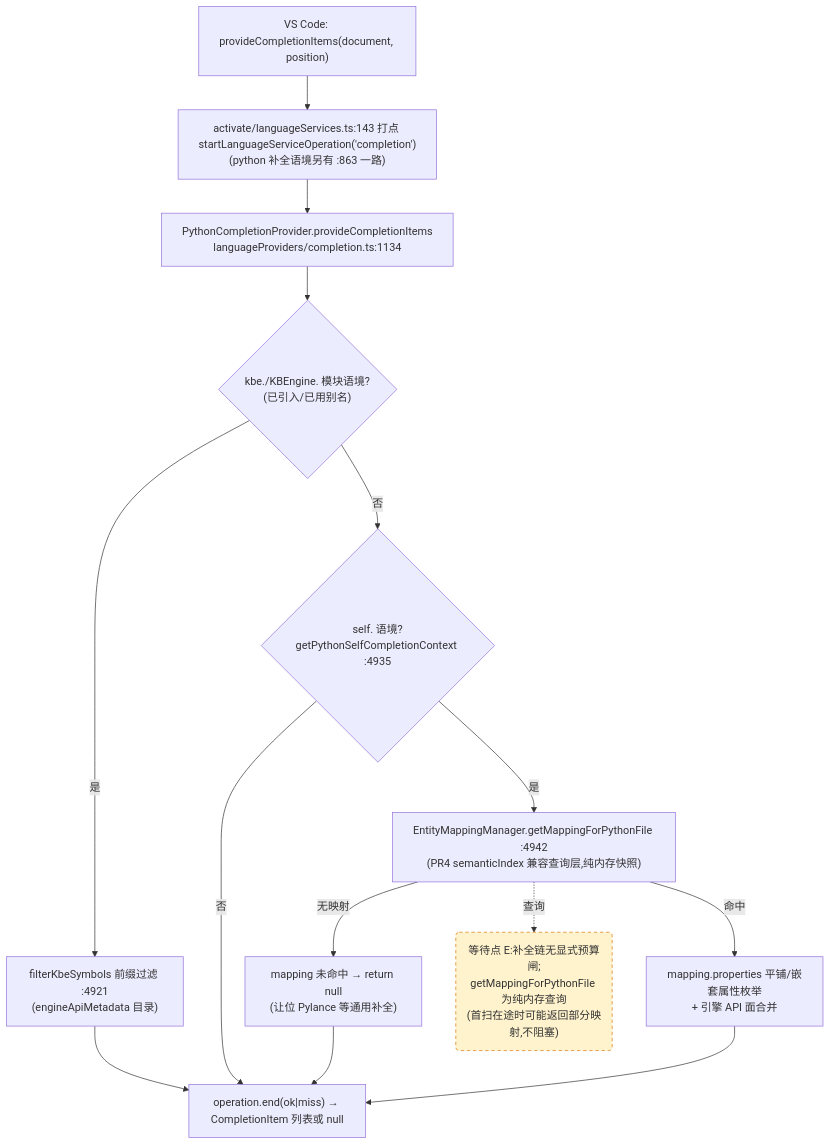
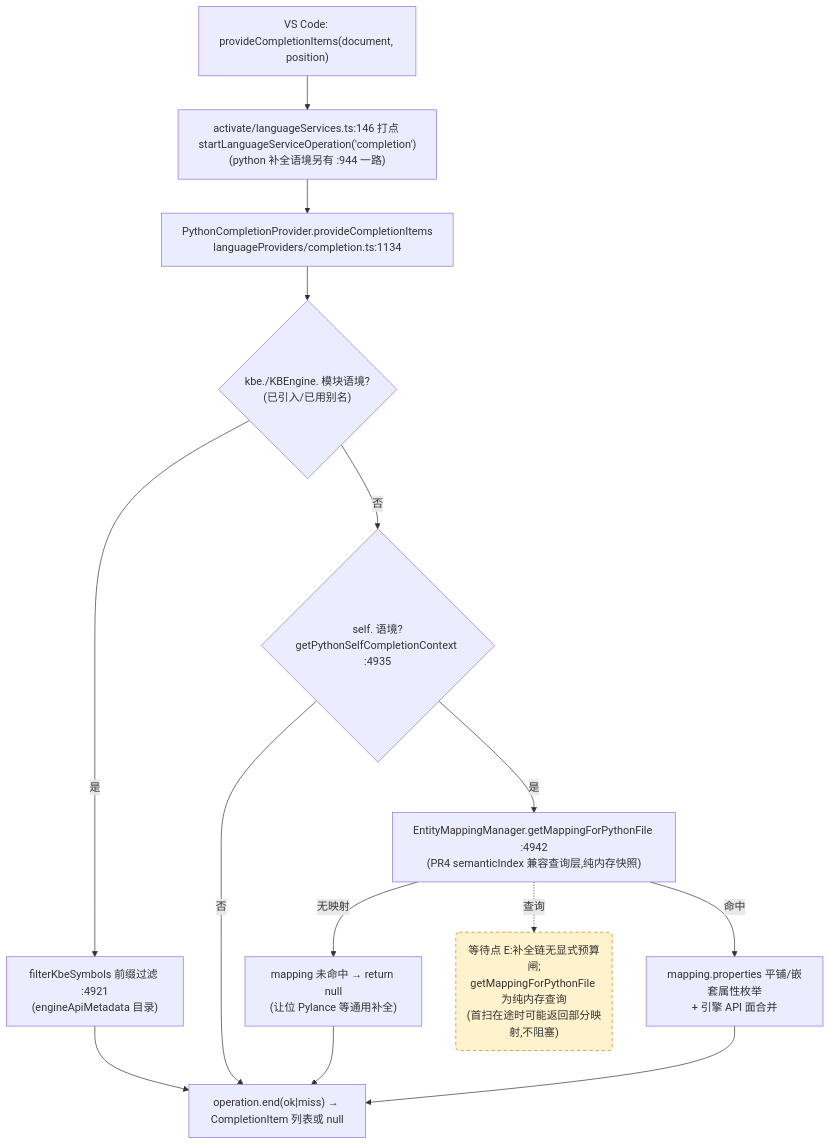
Before and after one commit to cuihairu/kode: the third of 4 diagrams in docs/perf/2026-baseline.md, drawn with Mermaid. The commit also changed other lines of this file and 12 other files, not shown here.

````diff
--- a/docs/perf/2026-baseline.md
+++ b/docs/perf/2026-baseline.md
@@ -209,27 +210,27 @@
 ```mermaid
 flowchart TD
   VC3["VS Code: provideCompletionItems(document, position)"]
-  M3["activate/languageServices.ts:143 打点 startLanguageServiceOperation('completion')<br/>(python 补全语境另有 :863 一路)"]
+  M3["activate/languageServices.ts:146 打点 startLanguageServiceOperation('completion')<br/>(python 补全语境另有 :944 一路)"]
   CP["PythonCompletionProvider.provideCompletionItems<br/>languageProviders/completion.ts:1134"]
   KBEC{"kbe./KBEngine. 模块语境?<br/>(已引入/已用别名)"}
   FILTER["filterKbeSymbols 前缀过滤 :4921<br/>(engineApiMetadata 目录)"]
   SELFC{"self. 语境?<br/>getPythonSelfCompletionContext :4935"}
   MAP["EntityMappingManager.getMappingForPythonFile :4942<br/>(PR4 semanticIndex 兼容查询层,纯内存快照)"]
   NOMAP["mapping 未命中 → return null<br/>(让位 Pylance 等通用补全)"]
   PROPS["mapping.properties 平铺/嵌套属性枚举<br/>+ 引擎 API 面合并"]
   END3["operation.end(ok|miss) → CompletionItem 列表或 null"]
 
   VC3 --> M3 --> CP --> KBEC
   KBEC -- "是" --> FILTER --> END3
   KBEC -- "否" --> SELFC
   SELFC -- "否" --> END3
   SELFC -- "是" --> MAP
   MAP -- "无映射" --> NOMAP --> END3
   MAP -- "命中" --> PROPS --> END3
 
   WAITE("等待点 E:补全链无显式预算闸;<br/>getMappingForPythonFile 为纯内存查询<br/>(首扫在途时可能返回部分映射,不阻塞)")
   MAP -.->|查询| WAITE
 
   classDef waitPoint fill:#fff3cd,stroke:#d97706,stroke-dasharray:5 4;
   class WAITE waitPoint;
 ```
````
